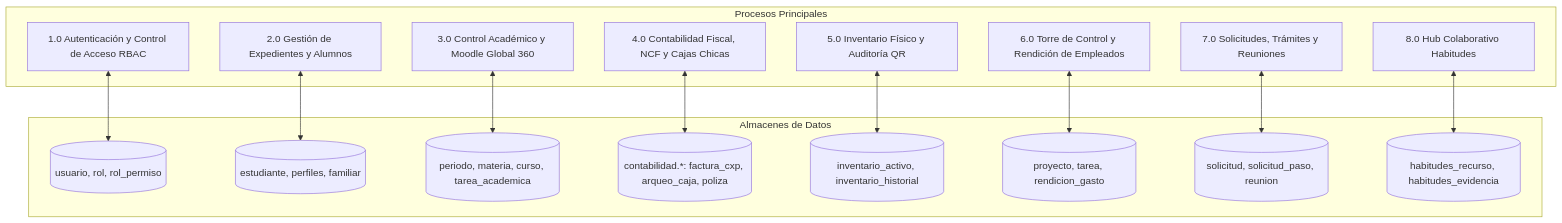
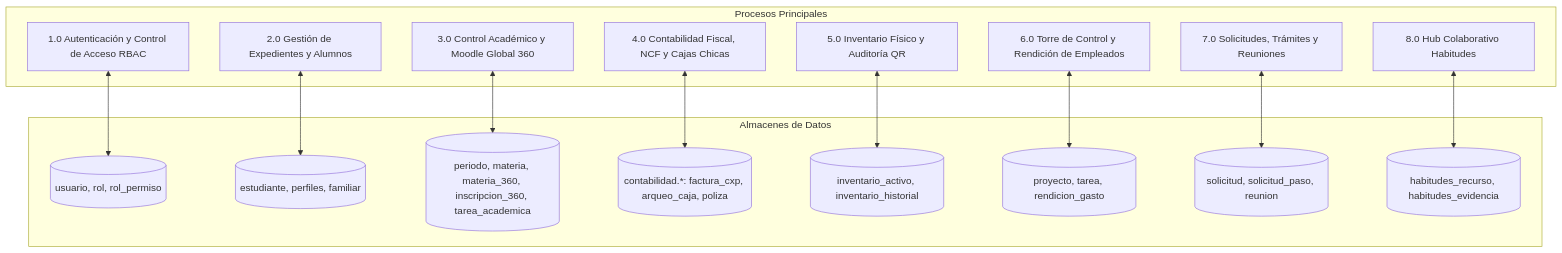
One commit to Dauris11/global-effect-nexus-v2 changed the fourth of 4 diagrams in docs/entregables/contexto-general.md. Above: the diagram before and after it, drawn with Mermaid. The commit also changed other lines of this file and 95 other files, not shown here.

````diff
--- a/docs/entregables/contexto-general.md
+++ b/docs/entregables/contexto-general.md
@@ -340,33 +342,33 @@
 ```mermaid
 flowchart TD
     subgraph Procesos Principales
         P1[1.0 Autenticación y Control de Acceso RBAC]
         P2[2.0 Gestión de Expedientes y Alumnos]
         P3[3.0 Control Académico y Moodle Global 360]
         P4[4.0 Contabilidad Fiscal, NCF y Cajas Chicas]
         P5[5.0 Inventario Físico y Auditoría QR]
         P6[6.0 Torre de Control y Rendición de Empleados]
         P7[7.0 Solicitudes, Trámites y Reuniones]
         P8[8.0 Hub Colaborativo Habitudes]
     end
 
     subgraph Almacenes de Datos
         D1[(usuario, rol, rol_permiso)]
         D2[(estudiante, perfiles, familiar)]
-        D3[(periodo, materia, curso, tarea_academica)]
+        D3[(periodo, materia, materia_360, inscripcion_360, tarea_academica)]
         D4[(contabilidad.*: factura_cxp, arqueo_caja, poliza)]
         D5[(inventario_activo, inventario_historial)]
         D6[(proyecto, tarea, rendicion_gasto)]
         D7[(solicitud, solicitud_paso, reunion)]
         D8[(habitudes_recurso, habitudes_evidencia)]
     end
 
     P1 <--> D1
     P2 <--> D2
     P3 <--> D3
     P4 <--> D4
     P5 <--> D5
     P6 <--> D6
     P7 <--> D7
     P8 <--> D8
 ```
````
